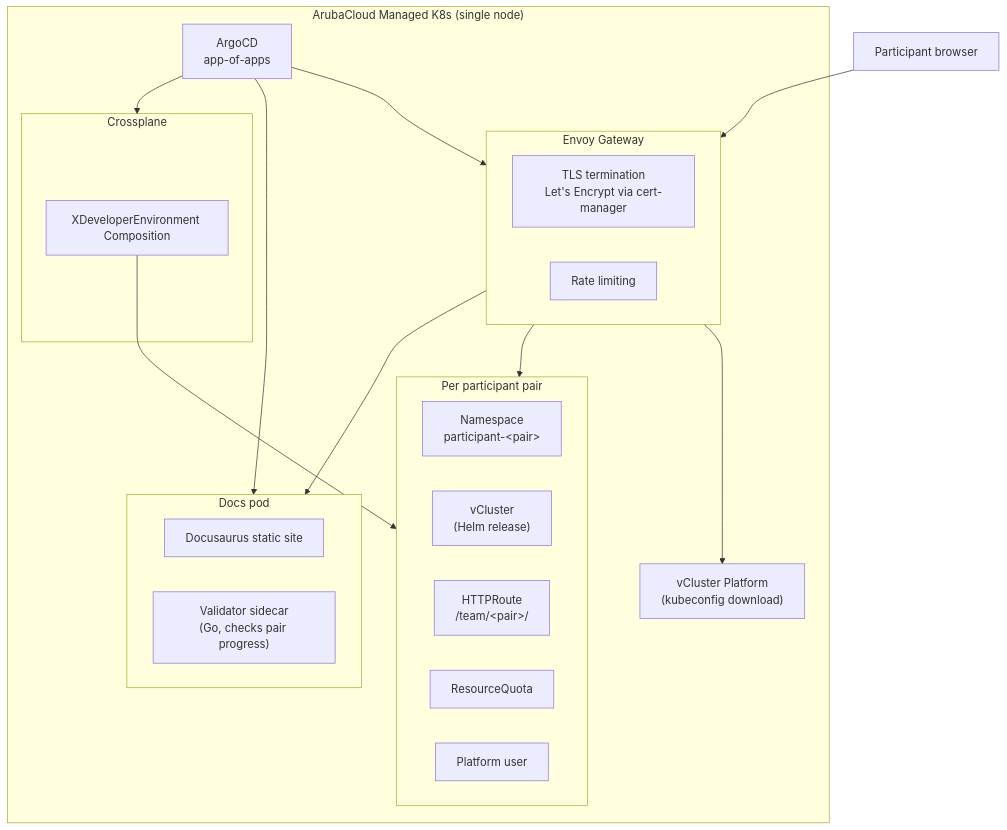
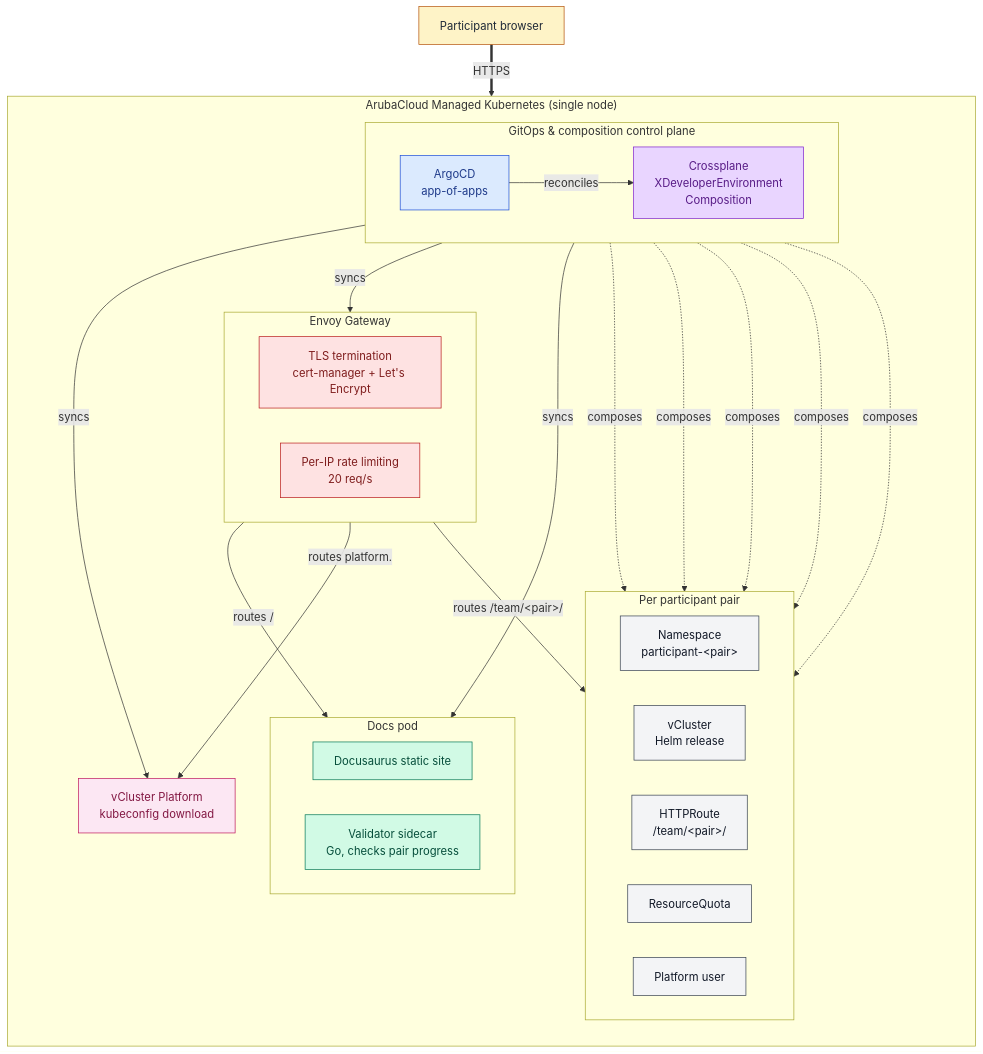
Before and after one commit to ricCap/crossplane-workshop: the diagram in README.md, drawn with Mermaid. The commit also changed other lines of this file, not shown here.

Commit message:
docs: improve readme architecture diagram
Color-codes nodes by concern (GitOps, Crossplane, gateway, docs,
platform, per-pair tenant, external user) and labels edges with
verbs so the data flow reads at a glance. Composition is now drawn
as explicit dashed edges from XDeveloperEnvironment to each
composed resource instead of a single arrow into the subgraph,
which matches what Crossplane actually does.

````diff
--- a/README.md
+++ b/README.md
@@ -9,40 +9,62 @@
 ```mermaid
 graph TB
-    subgraph ArubaCloud["ArubaCloud Managed K8s (single node)"]
-        ArgoCD["ArgoCD<br/>app-of-apps"]
+    Participant["Participant browser"]:::external
 
-        subgraph Crossplane["Crossplane"]
-            XDevEnv["XDeveloperEnvironment Composition"]
-        end
+    subgraph ArubaCloud["ArubaCloud Managed Kubernetes (single node)"]
+        direction TB
 
-        subgraph PerPair["Per participant pair"]
-            NS["Namespace<br/>participant-&lt;pair&gt;"]
-            VC["vCluster<br/>(Helm release)"]
-            HR["HTTPRoute<br/>/team/&lt;pair&gt;/"]
-            RQ["ResourceQuota"]
-            PU["Platform user"]
+        subgraph ControlPlane["GitOps &amp; composition control plane"]
+            direction LR
+            ArgoCD["ArgoCD<br/>app-of-apps"]:::gitops
+            XDevEnv["Crossplane<br/>XDeveloperEnvironment<br/>Composition"]:::crossplane
+            ArgoCD -->|reconciles| XDevEnv
         end
 
         subgraph Gateway["Envoy Gateway"]
-            TLS["TLS termination<br/>Let's Encrypt via cert-manager"]
-            RL["Rate limiting"]
+            direction LR
+            TLS["TLS termination<br/>cert-manager + Let's Encrypt"]:::gateway
+            RL["Per-IP rate limiting<br/>20 req/s"]:::gateway
         end
 
         subgraph Docs["Docs pod"]
-            Docusaurus["Docusaurus static site"]
-            Validator["Validator sidecar<br/>(Go, checks pair progress)"]
+            direction LR
+            Docusaurus["Docusaurus static site"]:::docs
+            Validator["Validator sidecar<br/>Go, checks pair progress"]:::docs
         end
 
-        Platform["vCluster Platform<br/>(kubeconfig download)"]
+        Platform["vCluster Platform<br/>kubeconfig download"]:::platform
 
-        ArgoCD --> Crossplane
-        ArgoCD --> Docs
-        ArgoCD --> Gateway
-        XDevEnv --> PerPair
-        Gateway --> Docs
-        Gateway --> PerPair
-        Gateway --> Platform
+        subgraph PerPair["Per participant pair"]
+            direction LR
+            NS["Namespace<br/>participant-&lt;pair&gt;"]:::pair
+            VC["vCluster<br/>Helm release"]:::pair
+            HR["HTTPRoute<br/>/team/&lt;pair&gt;/"]:::pair
+            RQ["ResourceQuota"]:::pair
+            PU["Platform user"]:::pair
+        end
+
+        ArgoCD -->|syncs| Gateway
+        ArgoCD -->|syncs| Docs
+        ArgoCD -->|syncs| Platform
+
+        XDevEnv -.->|composes| NS
+        XDevEnv -.->|composes| VC
+        XDevEnv -.->|composes| HR
+        XDevEnv -.->|composes| RQ
+        XDevEnv -.->|composes| PU
+
+        Gateway -->|routes /| Docs
+        Gateway -->|routes /team/&lt;pair&gt;/| HR
+        Gateway -->|routes platform.| Platform
     end
 
-    Participant["Participant browser"] --> Gateway
+    Participant ==>|HTTPS| Gateway
+
+    classDef external fill:#fef3c7,stroke:#b45309,color:#1f2937
+    classDef gitops fill:#dbeafe,stroke:#1d4ed8,color:#1e3a8a
+    classDef crossplane fill:#e9d5ff,stroke:#7e22ce,color:#581c87
+    classDef gateway fill:#fee2e2,stroke:#b91c1c,color:#7f1d1d
+    classDef docs fill:#d1fae5,stroke:#047857,color:#064e3b
+    classDef platform fill:#fce7f3,stroke:#be185d,color:#831843
+    classDef pair fill:#f3f4f6,stroke:#374151,color:#111827
 ```
````
